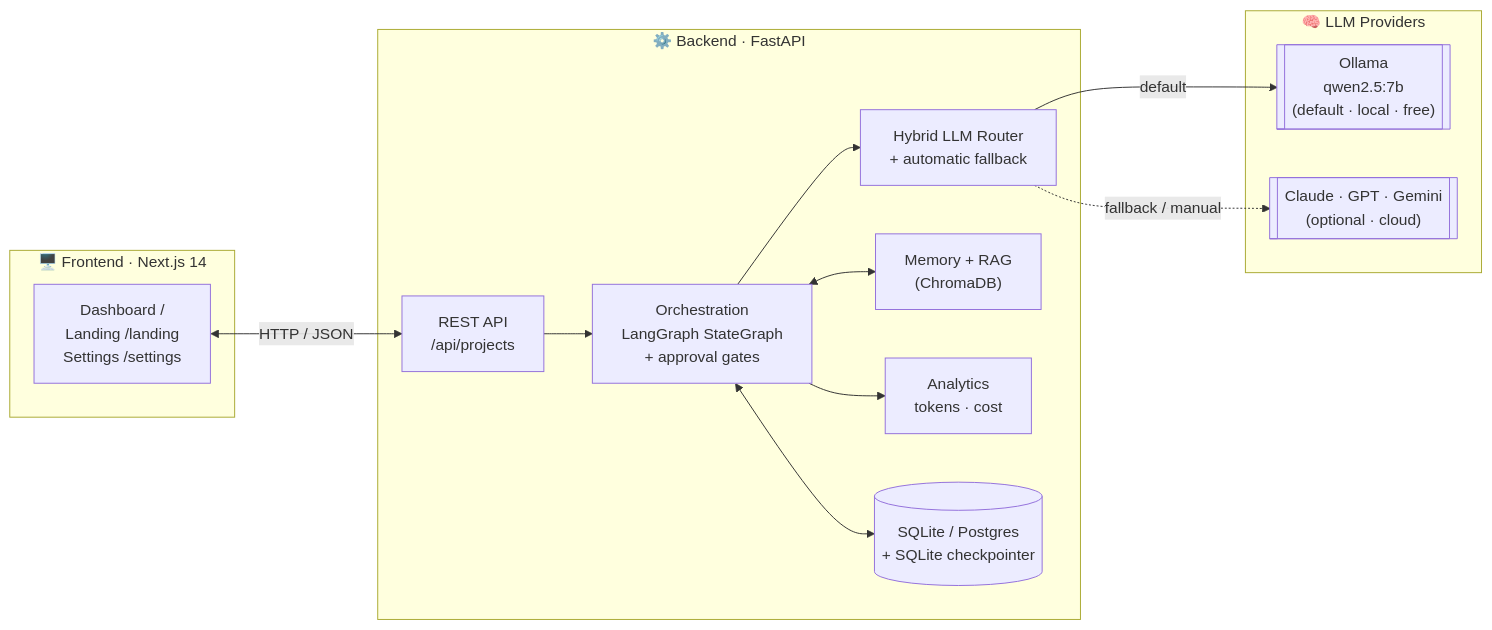
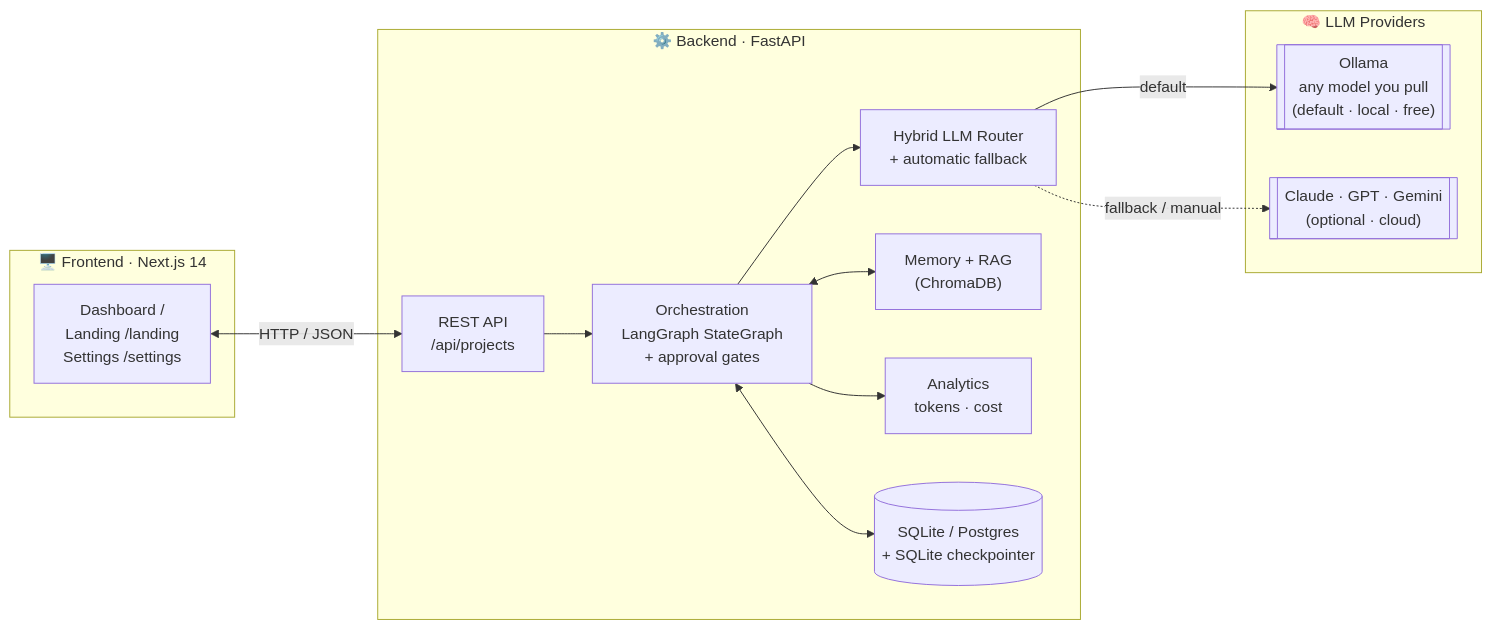
Before and after one commit to Sravan466/ai-software-engineering-team: the first of 3 diagrams in README.md, drawn with Mermaid. The commit also changed other lines of this file and 40 other files, not shown here.

````diff
--- a/README.md
+++ b/README.md
@@ -17,29 +17,29 @@
 ```mermaid
 flowchart LR
     subgraph Client["🖥️  Frontend · Next.js 14"]
         UI["Dashboard /<br/>Landing /landing<br/>Settings /settings"]
     end
 
     subgraph API["⚙️  Backend · FastAPI"]
         REST["REST API<br/>/api/projects"]
         ORCH["Orchestration<br/>LangGraph StateGraph<br/>+ approval gates"]
         ROUTER["Hybrid LLM Router<br/>+ automatic fallback"]
         MEM["Memory + RAG<br/>(ChromaDB)"]
         ANALYTICS["Analytics<br/>tokens · cost"]
         DB[("SQLite / Postgres<br/>+ SQLite checkpointer")]
     end
 
     subgraph Models["🧠  LLM Providers"]
-        OLLAMA[["Ollama<br/>qwen2.5:7b<br/>(default · local · free)"]]
+        OLLAMA[["Ollama<br/>any model you pull<br/>(default · local · free)"]]
         CLOUD[["Claude · GPT · Gemini<br/>(optional · cloud)"]]
     end
 
     UI <-->|HTTP / JSON| REST
     REST --> ORCH
     ORCH --> ROUTER
     ORCH <--> MEM
     ORCH --> ANALYTICS
     ORCH <--> DB
     ROUTER -->|default| OLLAMA
     ROUTER -.->|fallback / manual| CLOUD
 ```
````
